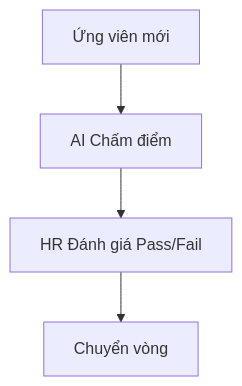
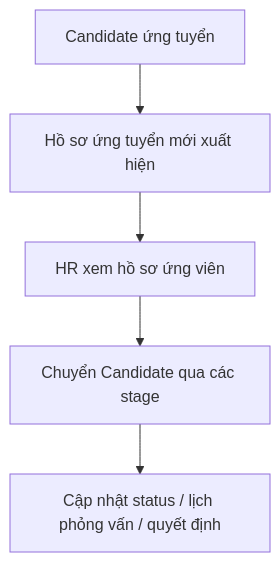
Before and after one commit to VanHaPtit/EasyTech_FE: the diagram in nghiep_vu/epic-05_Candidate_Application_Management/brief.md, drawn with Mermaid. The commit also changed other lines of this file and 227 other files, not shown here.

````diff
--- a/nghiep_vu/epic-05_Candidate_Application_Management/brief.md
+++ b/nghiep_vu/epic-05_Candidate_Application_Management/brief.md
@@ -12,6 +15,7 @@
 ```mermaid
 graph TD
-  A[Ứng viên mới] --> B[AI Chấm điểm]
-  B --> C[HR Đánh giá Pass/Fail]
-  C --> D[Chuyển vòng]
+  A[Candidate ứng tuyển] --> B[Hồ sơ ứng tuyển mới xuất hiện]
+  B --> C[HR xem hồ sơ ứng viên]
+  C --> D[Chuyển Candidate qua các stage]
+  D --> E[Cập nhật status / lịch phỏng vấn / quyết định]
 ```
````
